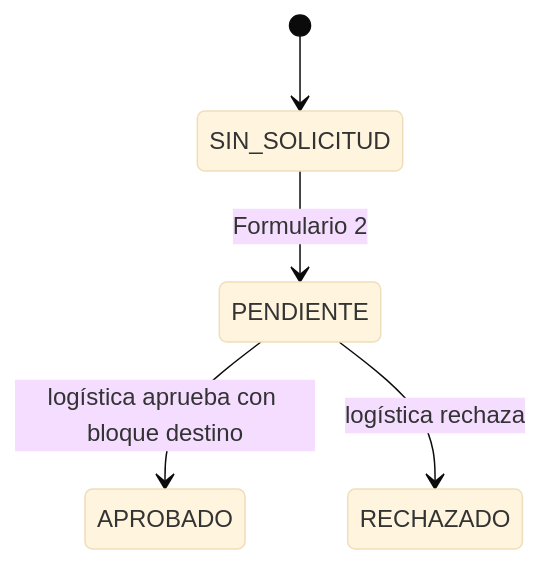
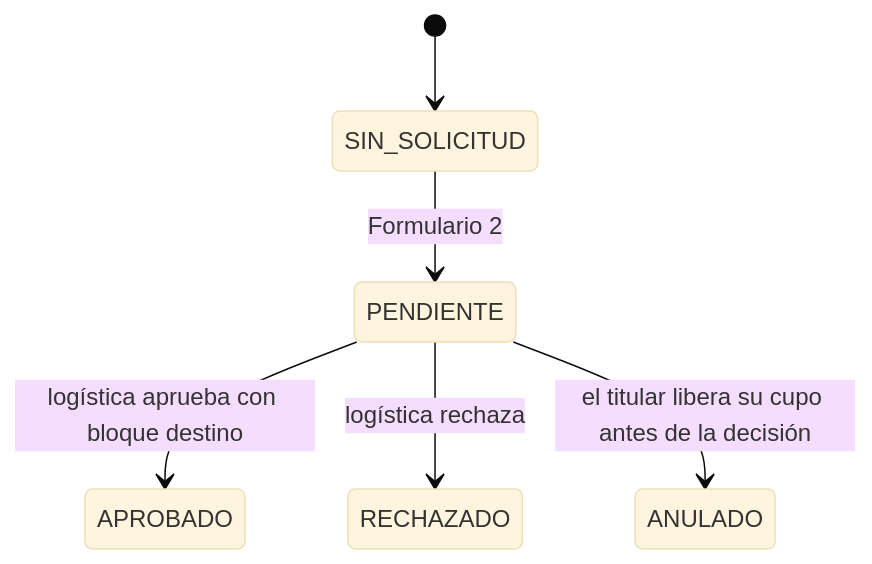
One commit to elbunkerarte/elbunkerarte.github.io changed the fifth of 10 diagrams in docs/FLUJO_ESTADOS.md. Above: the diagram before and after it, drawn with Mermaid (base theme). The commit also changed other lines of this file and 12 other files, not shown here.

````diff
--- a/docs/FLUJO_ESTADOS.md
+++ b/docs/FLUJO_ESTADOS.md
@@ -180,7 +183,8 @@
 ```mermaid
 stateDiagram-v2
     [*] --> SIN_SOLICITUD
     SIN_SOLICITUD --> PENDIENTE: Formulario 2
     PENDIENTE --> APROBADO: logística aprueba con bloque destino
     PENDIENTE --> RECHAZADO: logística rechaza
+    PENDIENTE --> ANULADO: el titular libera su cupo antes de la decisión
 ```
````
